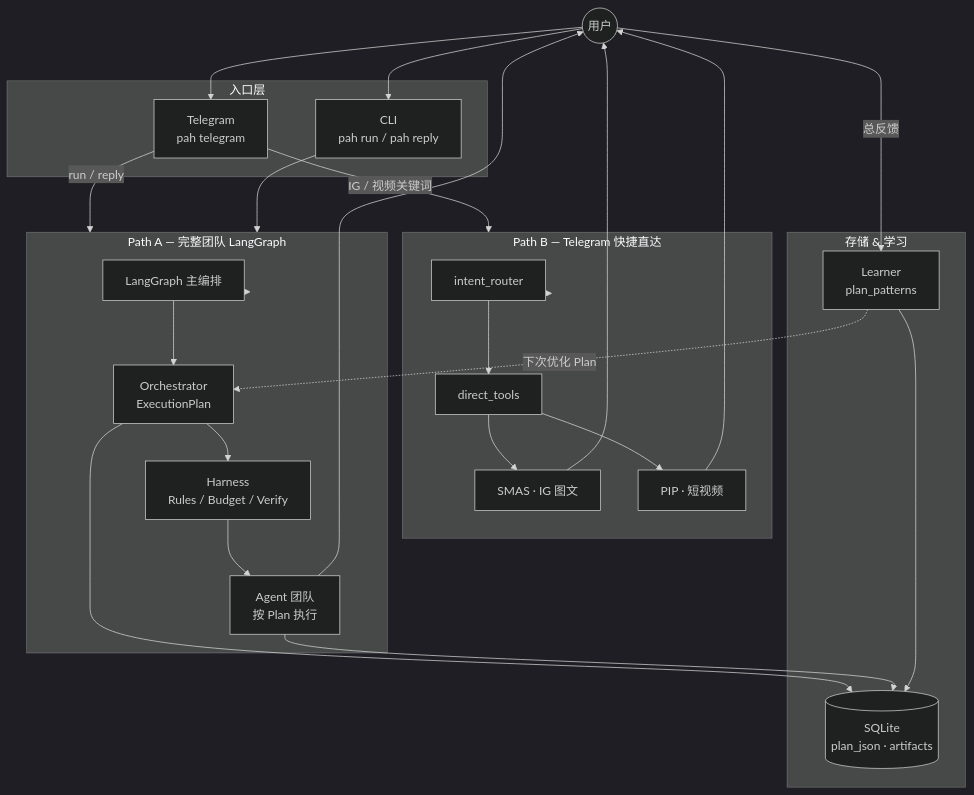
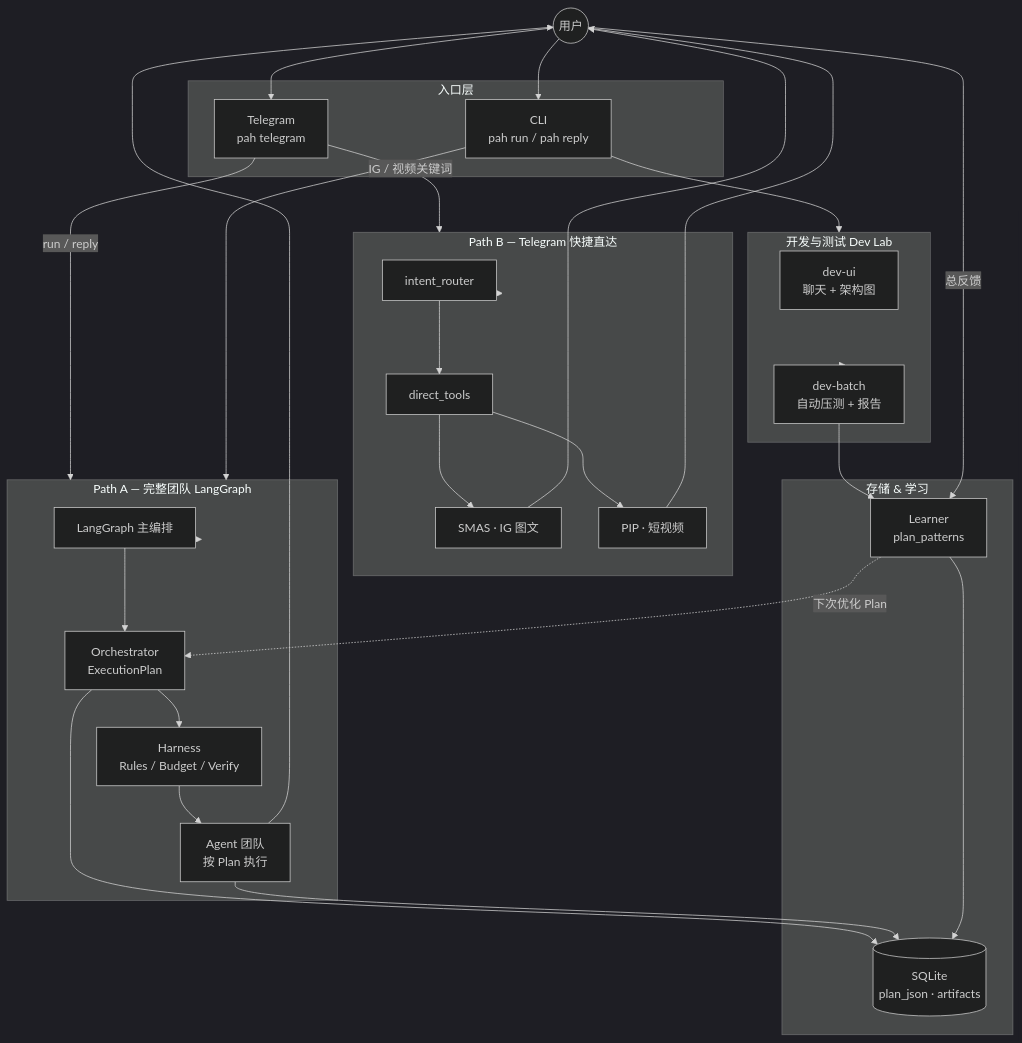
One commit to ZacahryZhou/PAHS changed the first of 2 diagrams in README.md. Above: the diagram before and after it, drawn with Mermaid (dark theme). The commit also changed other lines of this file, not shown here.

````diff
--- a/README.md
+++ b/README.md
@@ -71,39 +81,46 @@
 ```mermaid
 flowchart TB
     USER((用户))
 
     subgraph ENTRY["入口层"]
         TG["Telegram<br/>pah telegram"]
         CLI["CLI<br/>pah run / pah reply"]
     end
 
     subgraph PATH_A["Path A — 完整团队 LangGraph"]
         LG["LangGraph 主编排"]
         ORCH["Orchestrator<br/>ExecutionPlan"]
         HARNESS["Harness<br/>Rules / Budget / Verify"]
         TEAM["Agent 团队<br/>按 Plan 执行"]
     end
 
     subgraph PATH_B["Path B — Telegram 快捷直达"]
         IR["intent_router"]
         DT["direct_tools"]
         SMAS["SMAS · IG 图文"]
         PIP["PIP · 短视频"]
     end
 
+    subgraph DEV["开发与测试 Dev Lab"]
+        UI["dev-ui<br/>聊天 + 架构图"]
+        BATCH["dev-batch<br/>自动压测 + 报告"]
+    end
+
     subgraph STORE["存储 & 学习"]
         DB[("SQLite<br/>plan_json · artifacts")]
         LR["Learner<br/>plan_patterns"]
     end
 
     USER --> TG & CLI
     TG -->|"IG / 视频关键词"| PATH_B
     TG -->|"run / reply"| PATH_A
     CLI --> PATH_A
+    CLI --> DEV
+    DEV --> BATCH --> LR
 
     PATH_B --> IR --> DT --> SMAS & PIP --> USER
     PATH_A --> LG --> ORCH --> HARNESS --> TEAM --> USER
     ORCH & TEAM --> DB
     USER -->|总反馈| LR --> DB
     LR -.->|下次优化 Plan| ORCH
 ```
````
